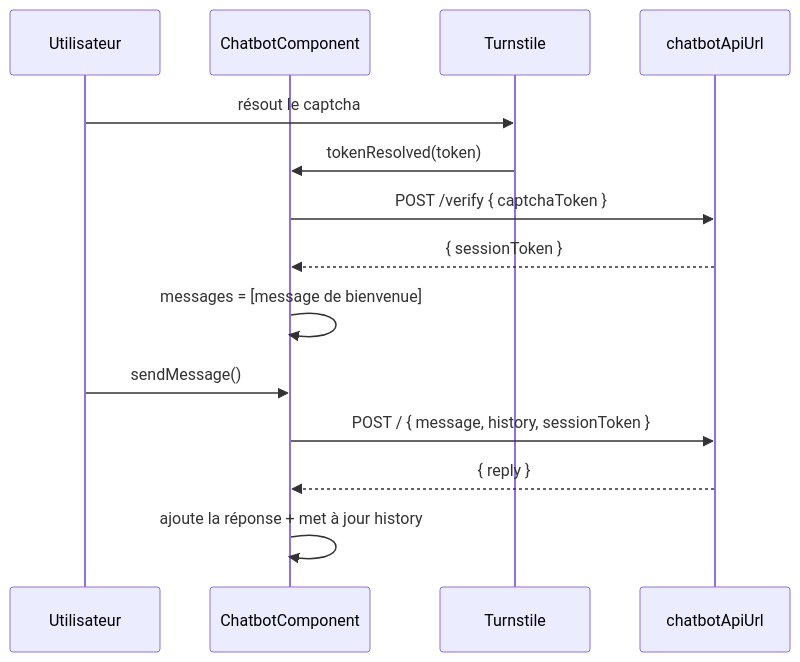
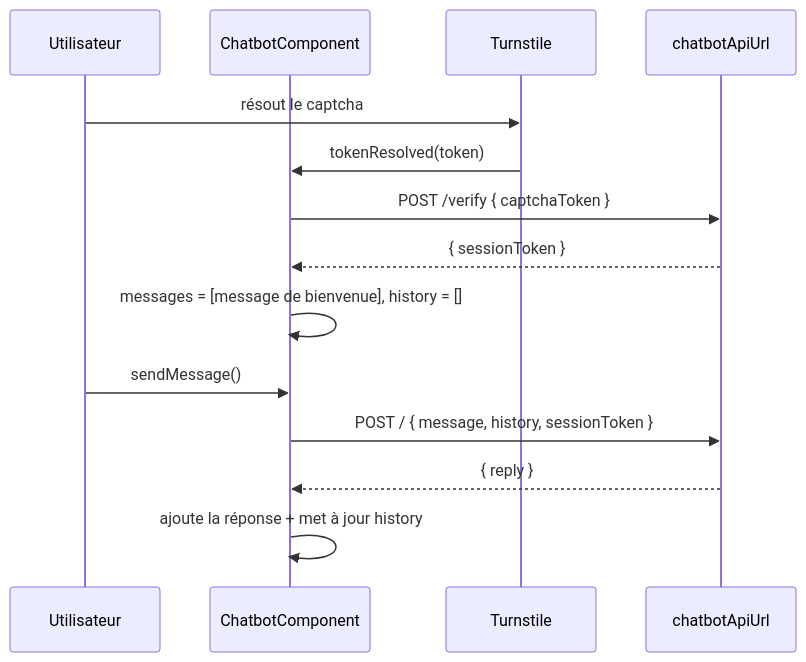
The diagram in docs/features/chatbot.md (GaetanOff/Front-GaetanDev), drawn with Mermaid before and after one commit. The commit also changed other lines of this file and 2 other files, not shown here.

````diff
--- a/docs/features/chatbot.md
+++ b/docs/features/chatbot.md
@@ -44,16 +44,16 @@
 ```mermaid
 sequenceDiagram
   participant U as Utilisateur
   participant C as ChatbotComponent
   participant T as Turnstile
   participant API as chatbotApiUrl
   U->>T: résout le captcha
   T->>C: tokenResolved(token)
   C->>API: POST /verify { captchaToken }
   API-->>C: { sessionToken }
-  C->>C: messages = [message de bienvenue]
+  C->>C: messages = [message de bienvenue], history = []
   U->>C: sendMessage()
   C->>API: POST / { message, history, sessionToken }
   API-->>C: { reply }
   C->>C: ajoute la réponse + met à jour history
 ```
````
